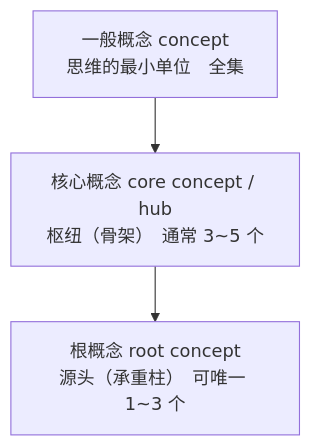
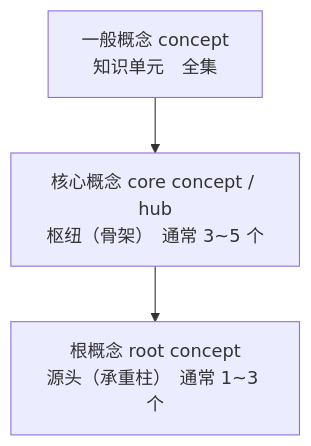
Before and after one commit to Yongjunzhou/AOS-system-design: the diagram in 100-subprojects/01-系统工程研究/03-架构师是个怎样的物种/成书/build/.mmd/ch01-fig01.mmd, drawn with Mermaid. The commit also changed 177 other files, not shown here.

```diff
--- a/100-subprojects/01-系统工程研究/03-架构师是个怎样的物种/成书/build/.mmd/ch01-fig01.mmd
+++ b/100-subprojects/01-系统工程研究/03-架构师是个怎样的物种/成书/build/.mmd/ch01-fig01.mmd
@@ -1,3 +1,3 @@
 flowchart TD
-    A["一般概念 concept<br/>思维的最小单位　全集"] --> B["核心概念 core concept / hub<br/>枢纽（骨架）　通常 3~5 个"]
-    B --> C["根概念 root concept<br/>源头（承重柱）　可唯一 1~3 个"]
+    A["一般概念 concept<br/>知识单元　全集"] --> B["核心概念 core concept / hub<br/>枢纽（骨架）　通常 3~5 个"]
+    B --> C["根概念 root concept<br/>源头（承重柱）　通常 1~3 个"]
```
